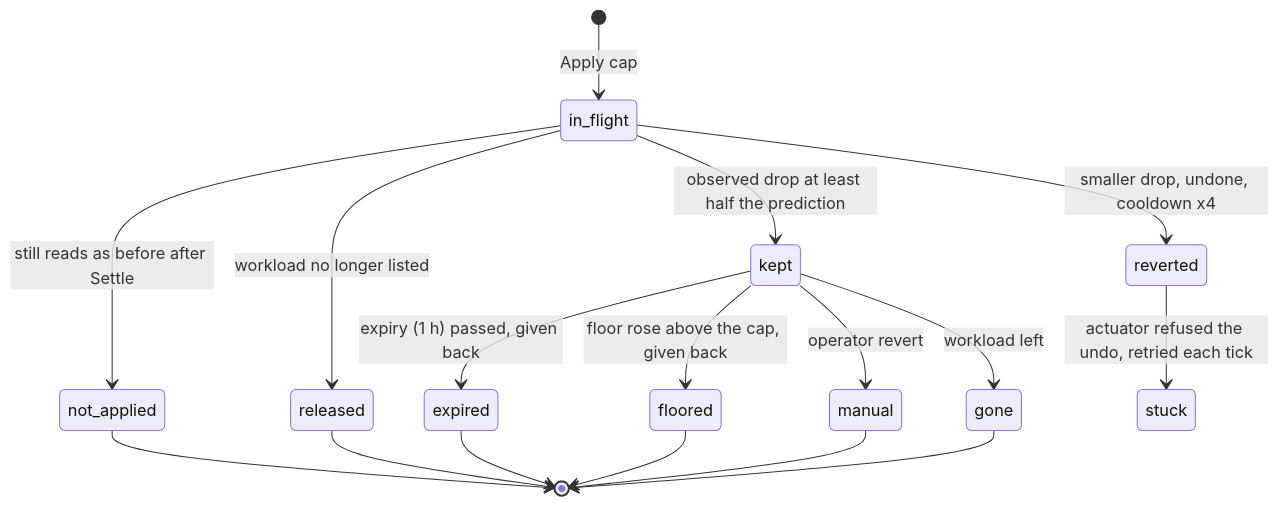
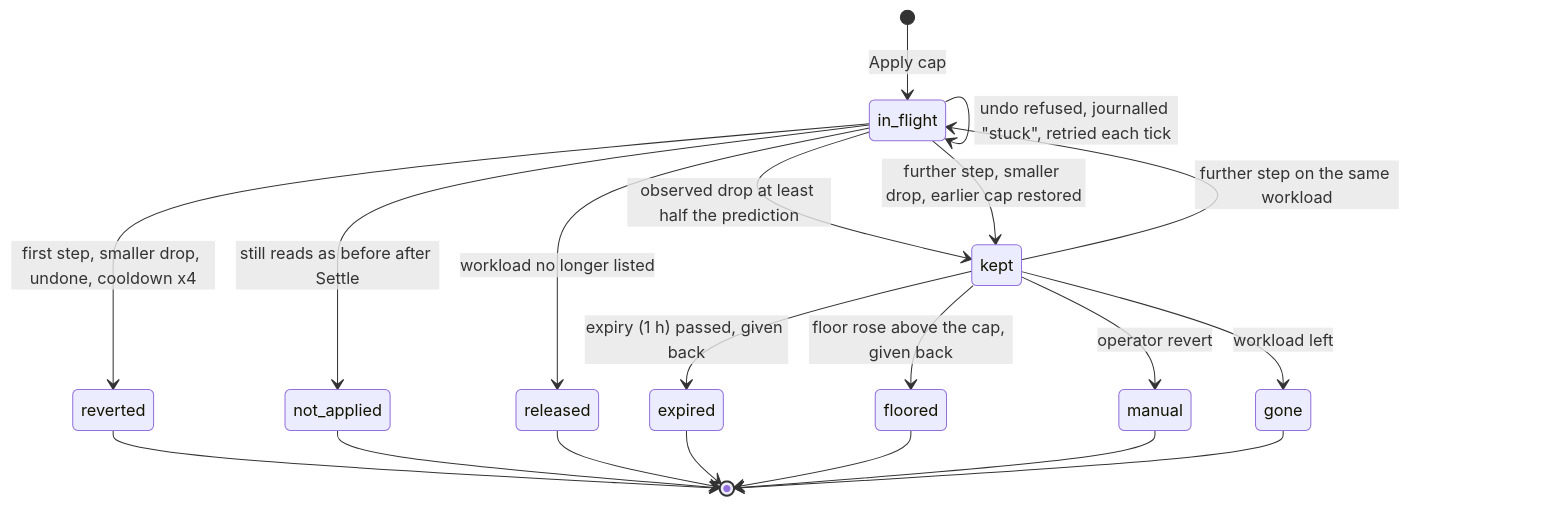
One commit to DiyazY/di-agent changed the eighth of 21 diagrams in docs/architecture-diagrams.md. Above: the diagram before and after it, drawn with Mermaid. The commit also changed other lines of this file and 10 other files, not shown here.

First line of the commit message:
docs: correct diagrams and contract counts from PR review

````diff
--- a/docs/architecture-diagrams.md
+++ b/docs/architecture-diagrams.md
@@ -287,19 +297,22 @@
 ```mermaid
 stateDiagram-v2
     [*] --> in_flight: Apply cap
     in_flight --> not_applied: still reads as before after Settle
     in_flight --> kept: observed drop at least half the prediction
-    in_flight --> reverted: smaller drop, undone, cooldown x4
+    in_flight --> reverted: first step, smaller drop, undone, cooldown x4
+    in_flight --> kept: further step, smaller drop, earlier cap restored
+    in_flight --> in_flight: undo refused, journalled "stuck", retried each tick
     in_flight --> released: workload no longer listed
+    kept --> in_flight: further step on the same workload
     kept --> expired: expiry (1 h) passed, given back
     kept --> floored: floor rose above the cap, given back
     kept --> manual: operator revert
     kept --> gone: workload left
-    reverted --> stuck: actuator refused the undo, retried each tick
+    reverted --> [*]
     not_applied --> [*]
     released --> [*]
     expired --> [*]
     floored --> [*]
     manual --> [*]
     gone --> [*]
 ```
````
